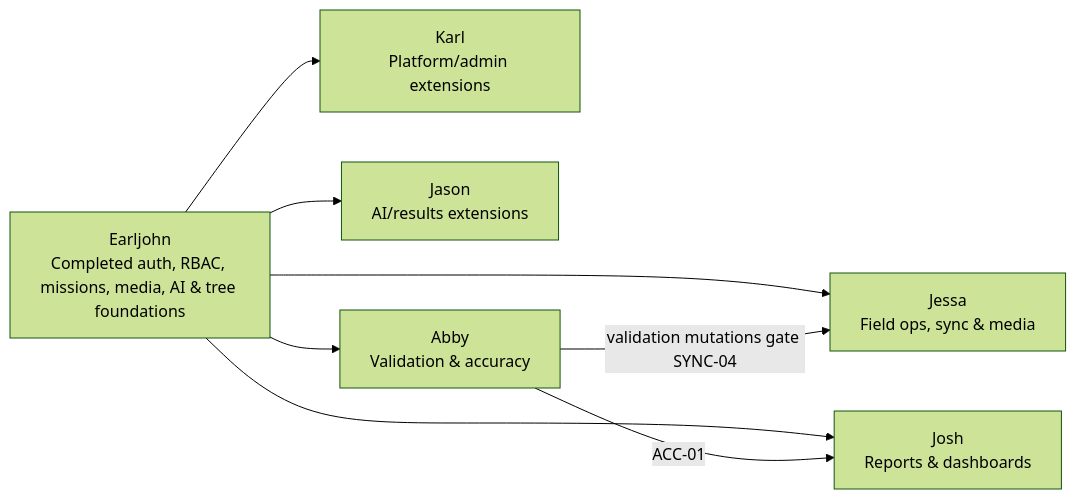
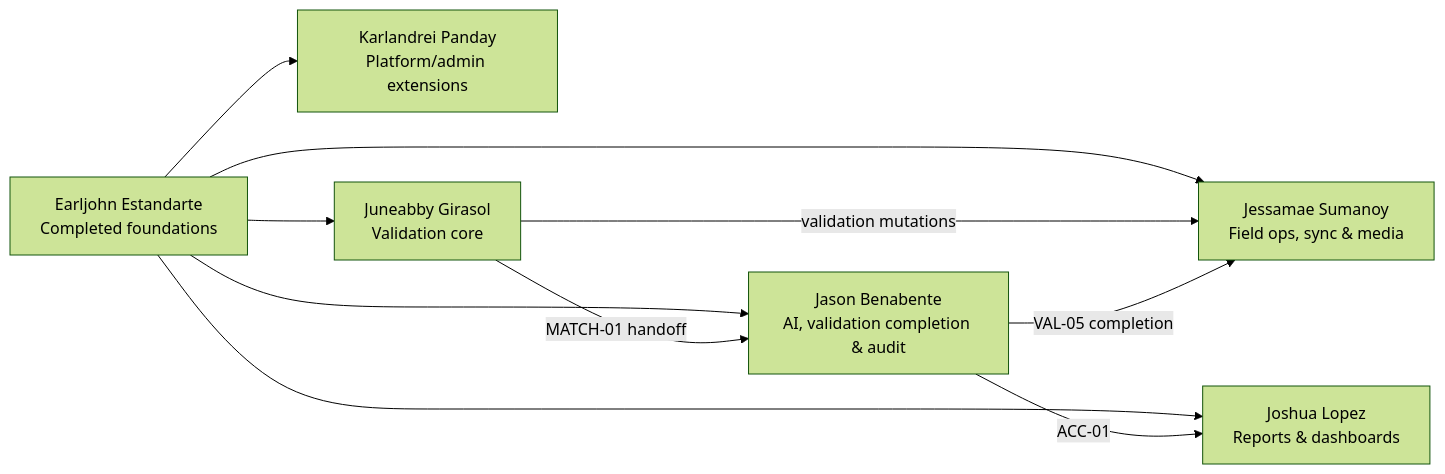
Before and after one commit to earljohnestandarte/MangroScan-API: the diagram in docs/CONTRIBUTING_API.md, drawn with Mermaid (forest theme). The commit also changed other lines of this file and 2 other files, not shown here.

Commit message:
docs(api): sync endpoint ownership records

````diff
--- a/docs/CONTRIBUTING_API.md
+++ b/docs/CONTRIBUTING_API.md
@@ -120,10 +126,12 @@
 ```mermaid
 flowchart LR
-    Earl["Earljohn\nCompleted auth, RBAC, missions, media, AI & tree foundations"] --> Karl["Karl\nPlatform/admin extensions"]
-    Earl --> Jessa["Jessa\nField ops, sync & media"]
-    Earl --> Jason["Jason\nAI/results extensions"]
-    Earl --> Abby["Abby\nValidation & accuracy"]
-    Earl --> Josh["Josh\nReports & dashboards"]
-    Abby -- "ACC-01" --> Josh
-    Abby -- "validation mutations gate SYNC-04" --> Jessa
+    Earl["Earljohn Estandarte\nCompleted foundations"] --> Karlandrei["Karlandrei Panday\nPlatform/admin extensions"]
+    Earl --> Jessamae["Jessamae Sumanoy\nField ops, sync & media"]
+    Earl --> Jason["Jason Benabente\nAI, validation completion & audit"]
+    Earl --> Juneabby["Juneabby Girasol\nValidation core"]
+    Earl --> Joshua["Joshua Lopez\nReports & dashboards"]
+    Juneabby -- "MATCH-01 handoff" --> Jason
+    Jason -- "ACC-01" --> Joshua
+    Juneabby -- "validation mutations" --> Jessamae
+    Jason -- "VAL-05 completion" --> Jessamae
 ```
````
